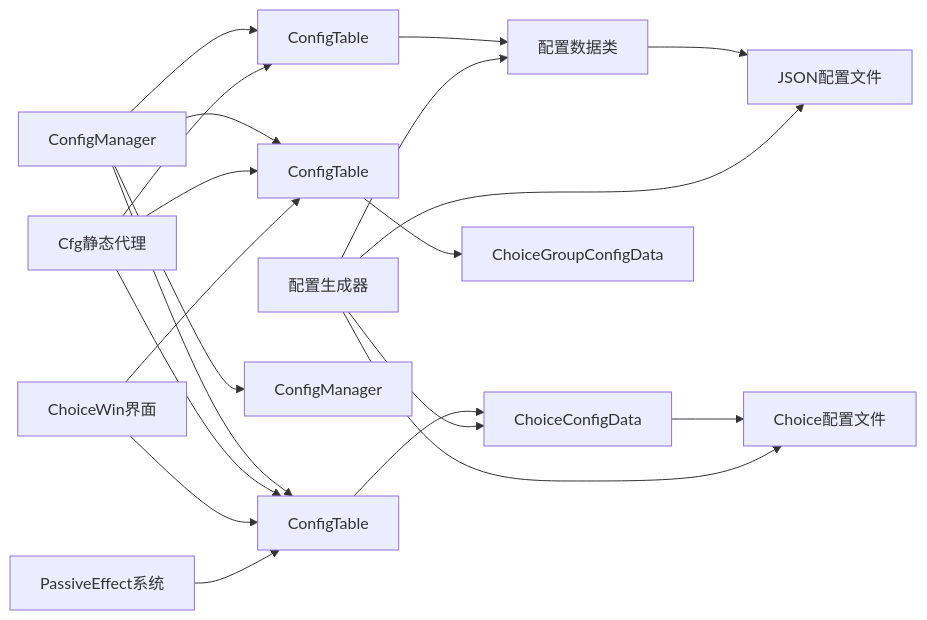
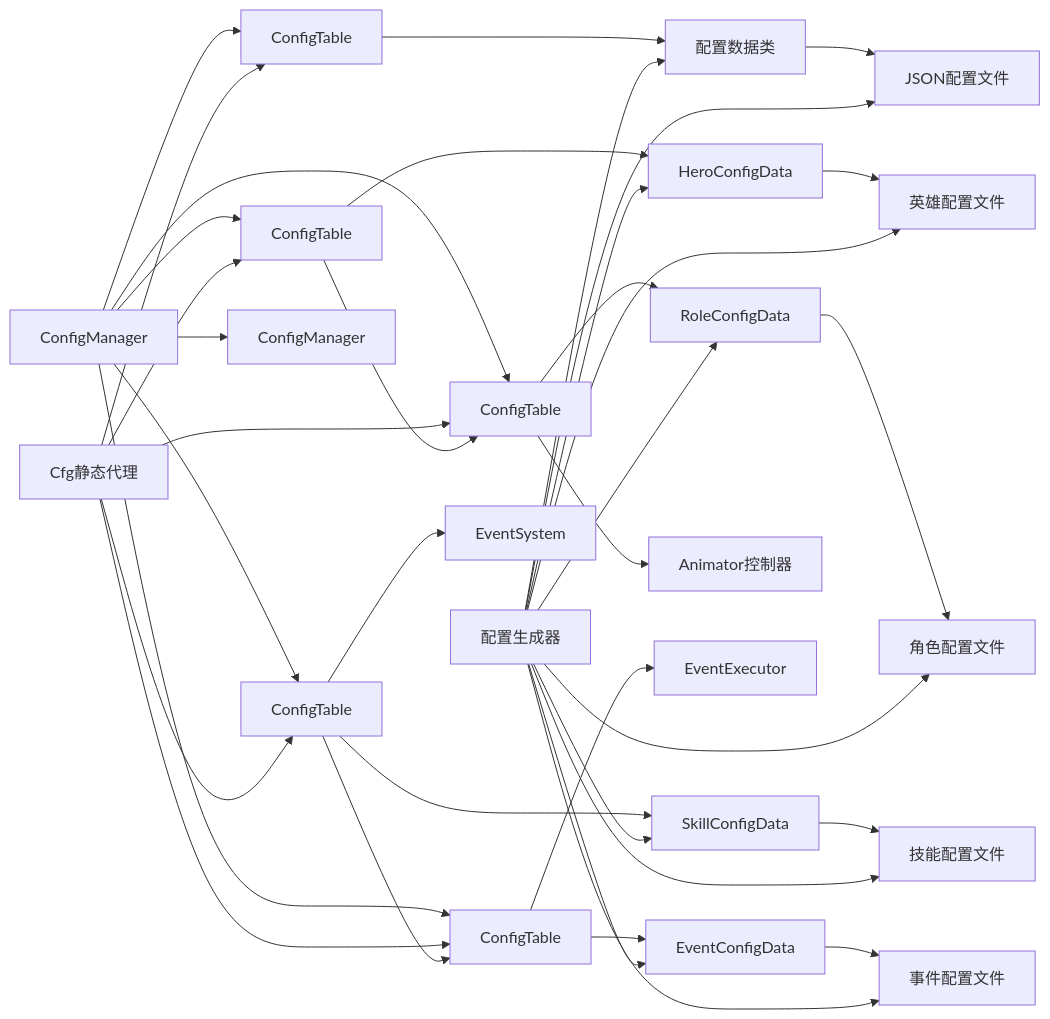
Before and after one commit to Tuusen/p1_client: the fourth of 4 diagrams in .qoder/repowiki/zh/content/配置管理系统/配置管理系统.md, drawn with Mermaid. The commit also changed other lines of this file and 13 other files, not shown here.

````diff
--- a/.qoder/repowiki/zh/content/配置管理系统/配置管理系统.md
+++ b/.qoder/repowiki/zh/content/配置管理系统/配置管理系统.md
@@ -708,22 +1000,39 @@
 ```mermaid
 graph LR
 CM["ConfigManager"] --> CT["ConfigTable<T>"]
-CM --> CC["ConfigTable<ChoiceConfig>"]
-CM --> CG["ConfigTable<ChoiceGroupConfig>"]
+CM --> HC["ConfigTable<HeroConfig>"]
+CM --> RC["ConfigTable<RoleConfig>"]
+CM --> SC["ConfigTable<SkillConfig>"]
+CM --> EC["ConfigTable<EventConfig>"]
 CM --> CMGR["ConfigManager"]
 CT --> Data["配置数据类"]
-CC --> ChoiceData["ChoiceConfigData"]
-CG --> ChoiceGroupData["ChoiceGroupConfigData"]
+HC --> HeroData["HeroConfigData"]
+RC --> RoleData["RoleConfigData"]
+SC --> SkillData["SkillConfigData"]
+EC --> EventData["EventConfigData"]
 CFG["Cfg静态代理"] --> CT
-CFG --> CC
-CFG --> CG
+CFG --> HC
+CFG --> RC
+CFG --> SC
+CFG --> EC
 Data --> JSON["JSON配置文件"]
-ChoiceData --> ChoiceJSON["Choice配置文件"]
+HeroData --> HeroJSON["英雄配置文件"]
+RoleData --> RoleJSON["角色配置文件"]
+SkillData --> SkillJSON["技能配置文件"]
+EventData --> EventJSON["事件配置文件"]
 GEN["配置生成器"] --> Data
-GEN --> ChoiceData
+GEN --> HeroData
+GEN --> RoleData
+GEN --> SkillData
+GEN --> EventData
 GEN --> JSON
-GEN --> ChoiceJSON
-CW["ChoiceWin界面"] --> CC
-CW --> CG
-PE["PassiveEffect系统"] --> CC
+GEN --> HeroJSON
+GEN --> RoleJSON
+GEN --> SkillJSON
+GEN --> EventJSON
+HC --> RC
+SC --> EC
+RC --> AC["Animator控制器"]
+SC --> ES["EventSystem"]
+EC --> EE["EventExecutor"]
 ```
````
